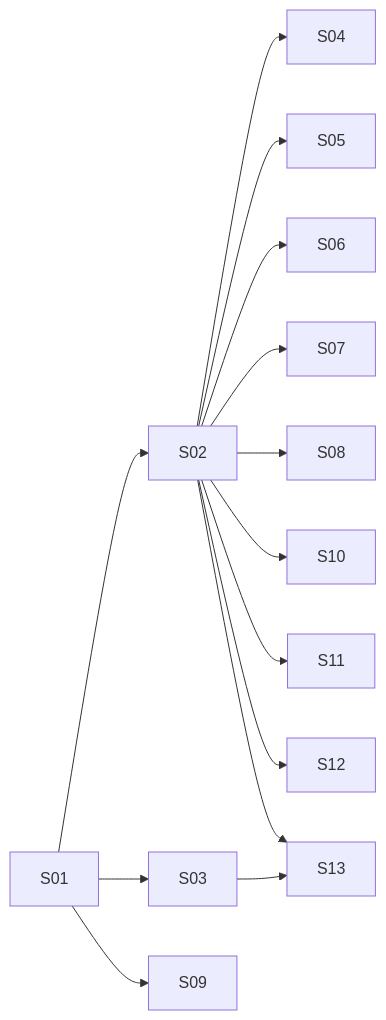
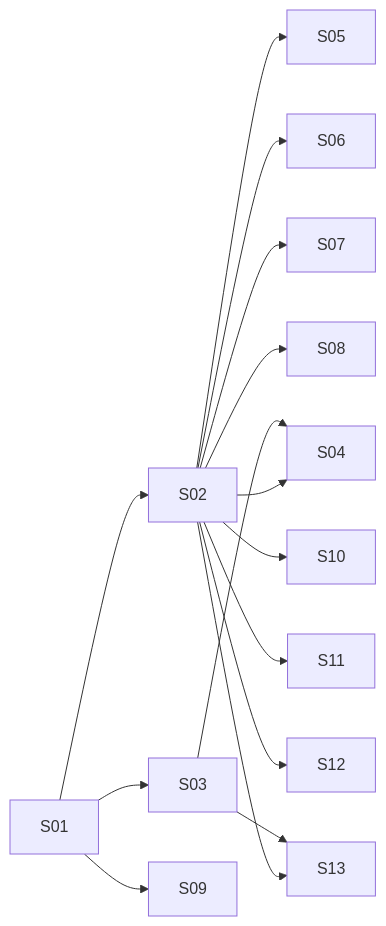
One commit to sergiocastelani/growtweet-front changed the diagram in .rff/revamp/plan.md. Above: the diagram before and after it, drawn with Mermaid. The commit also changed other lines of this file and 1 other file, not shown here.

````diff
--- a/.rff/revamp/plan.md
+++ b/.rff/revamp/plan.md
@@ -367,16 +367,17 @@
 ```mermaid
 graph LR
   S01 --> S02
   S01 --> S03
   S01 --> S09
   S02 --> S04
   S02 --> S05
   S02 --> S06
   S02 --> S07
   S02 --> S08
   S02 --> S10
   S02 --> S11
   S02 --> S12
   S02 --> S13
+  S03 --> S04
   S03 --> S13
 ```
````
